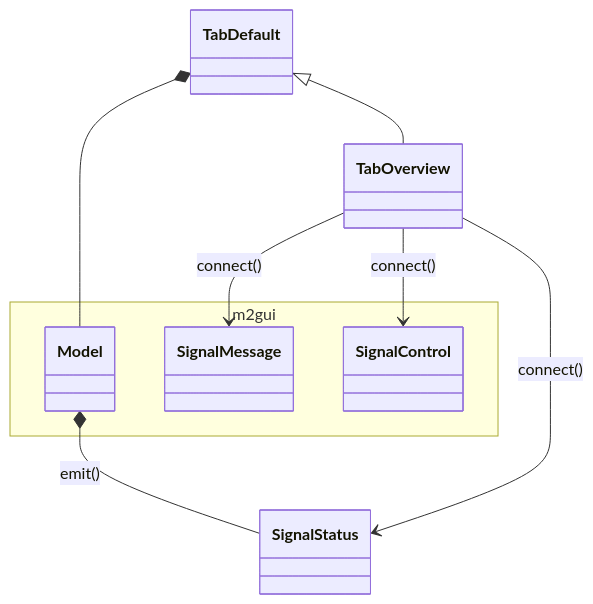
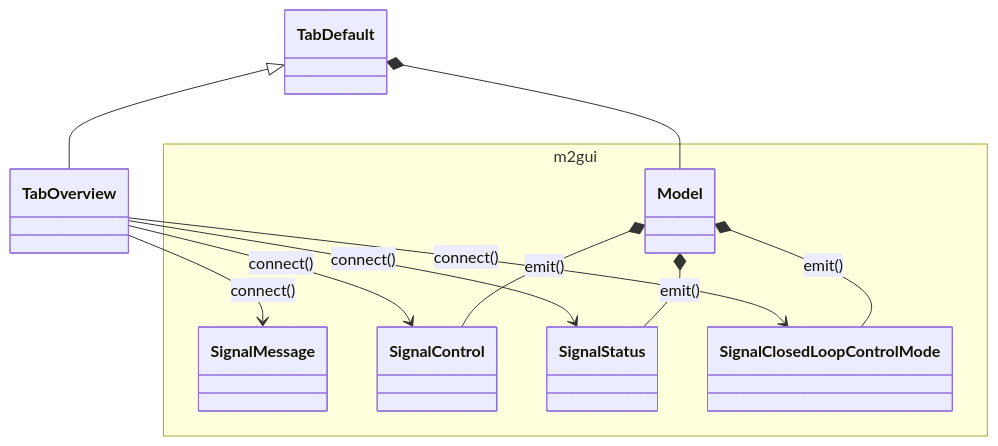
One commit to lsst-ts/ts_m2gui changed the diagram in doc/uml/controltab/class_tab_overview.mmd. Above: the diagram before and after it, drawn with Mermaid. The commit also changed 6 other files, not shown here.

```diff
--- a/doc/uml/controltab/class_tab_overview.mmd
+++ b/doc/uml/controltab/class_tab_overview.mmd
@@ -1,15 +1,20 @@
 classDiagram
 namespace m2gui {
   class Model
   class SignalMessage
   class SignalControl
+  class SignalStatus
+  class SignalClosedLoopControlMode
 }
 
+Model *-- SignalControl : emit()
 Model *-- SignalStatus : emit()
+Model *-- SignalClosedLoopControlMode : emit()
 
 TabDefault *-- Model
 TabDefault <|-- TabOverview
 
 TabOverview --> SignalMessage : connect()
 TabOverview --> SignalControl : connect()
 TabOverview --> SignalStatus : connect()
+TabOverview --> SignalClosedLoopControlMode : connect()
```
